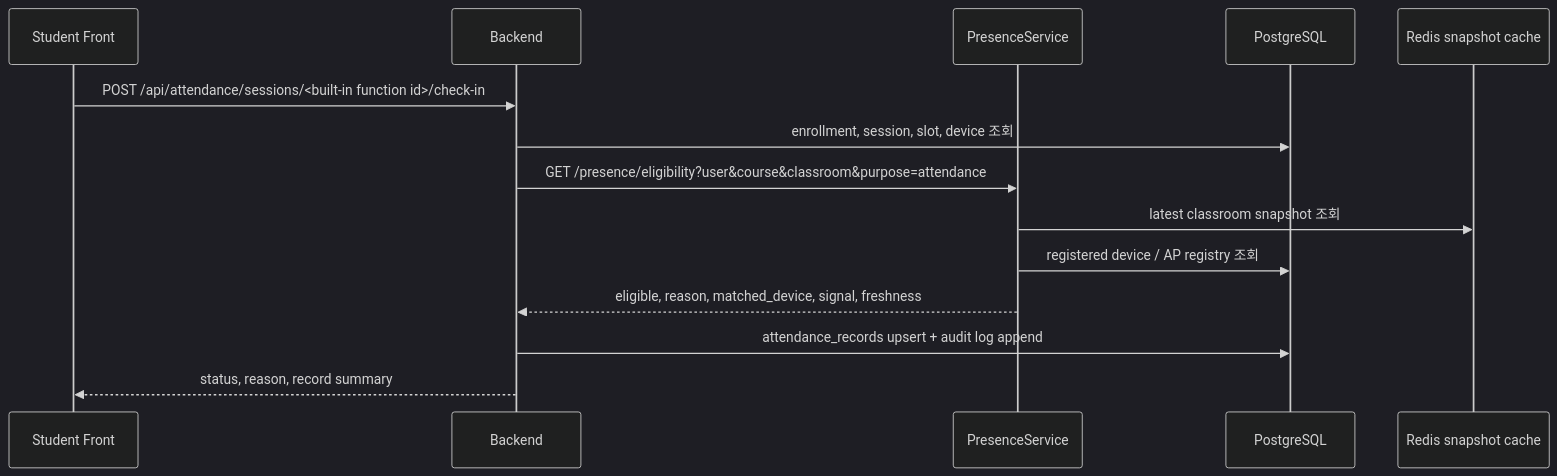
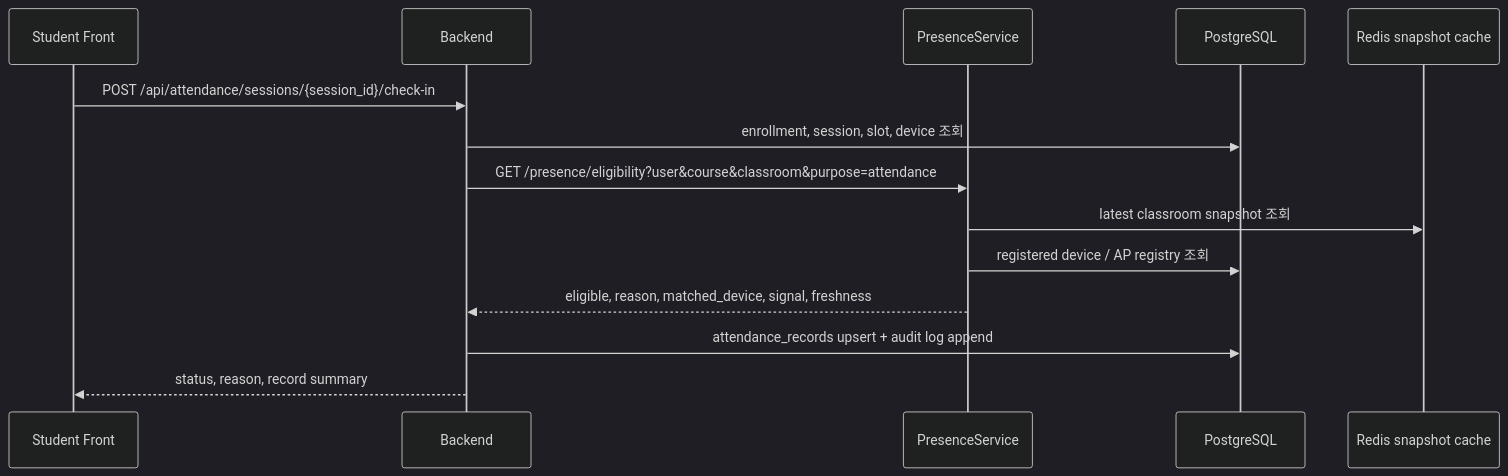
Before and after one commit to ChosunUniv2026Capstone/docs: the second of 4 diagrams in 08-reports/99-combined-report.md, drawn with Mermaid (dark theme). The commit also changed other lines of this file and 1 other file, not shown here.

````diff
--- a/08-reports/99-combined-report.md
+++ b/08-reports/99-combined-report.md
@@ -305,17 +305,17 @@
 ```mermaid
 sequenceDiagram
     participant S as Student Front
     participant B as Backend
     participant P as PresenceService
     participant D as PostgreSQL
     participant R as Redis snapshot cache
 
-    S->>B: POST /api/attendance/sessions/<built-in function id>/check-in
+    S->>B: POST /api/attendance/sessions/{session_id}/check-in
     B->>D: enrollment, session, slot, device 조회
     B->>P: GET /presence/eligibility?user&course&classroom&purpose=attendance
     P->>R: latest classroom snapshot 조회
     P->>D: registered device / AP registry 조회
     P-->>B: eligible, reason, matched_device, signal, freshness
     B->>D: attendance_records upsert + audit log append
     B-->>S: status, reason, record summary
 ```
````
